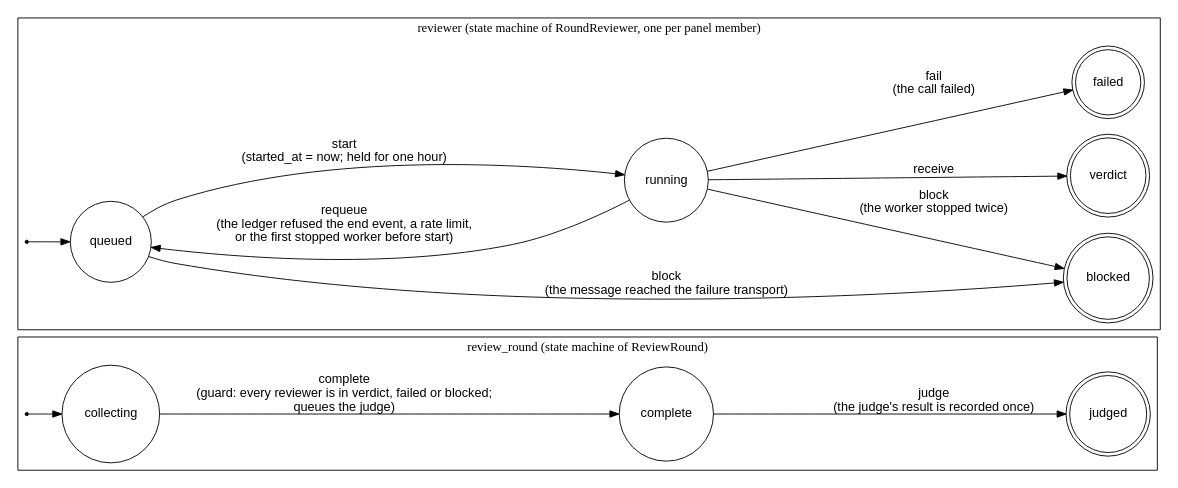
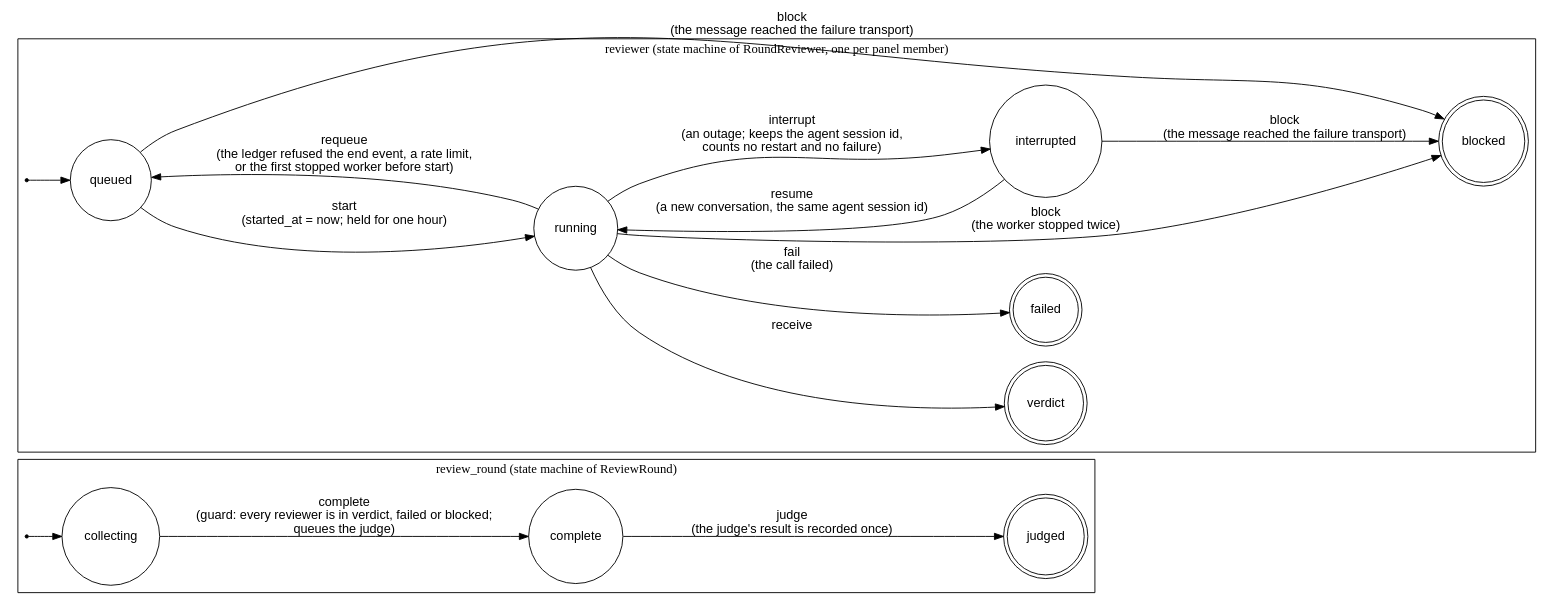
One commit to shinyredapples/intakt changed the diagram in docs/architecture/review-round.dot. Above: the diagram before and after it, drawn with Graphviz. The commit also changed 18 other files, not shown here.

Commit message:
feat(review): add an Interrupted reviewer state that keeps the agent session id

```diff
--- a/docs/architecture/review-round.dot
+++ b/docs/architecture/review-round.dot
@@ -1,36 +1,40 @@
 // The state machines of a review round (plan task T9, parts 2 and 3; the judged place from T12). Render with: dot -Tsvg review-round.dot
 // The places and transitions are the cases of RoundState, RoundTransition, ReviewerState and ReviewerTransition in src/Core/Review/Domain/. The attributes of src/Core/Review/Infrastructure/ReviewRoundStateMachine.php declare the review_round workflow and those of src/Core/Review/Infrastructure/ReviewerStateMachine.php the reviewer workflow.
 // This drawing adds the guards and side effects by hand; review-round-machine.dot and reviewer-machine.dot are the two machines as bin/console workflow:dump review_round and workflow:dump reviewer generate them.
 digraph review_round {
     rankdir=LR;
     node [shape=circle, fontname="Helvetica"];
     edge [fontname="Helvetica"];
 
     subgraph cluster_round {
         label="review_round (state machine of ReviewRound)";
         round_start [shape=point, label=""];
         collecting;
         complete;
         judged [shape=doublecircle];
         round_start -> collecting;
         collecting -> complete [label="complete\n(guard: every reviewer is in verdict, failed or blocked;\nqueues the judge)"];
         complete -> judged [label="judge\n(the judge's result is recorded once)"];
     }
 
     subgraph cluster_reviewer {
         label="reviewer (state machine of RoundReviewer, one per panel member)";
         reviewer_start [shape=point, label=""];
         queued;
         running;
+        interrupted;
         verdict [shape=doublecircle];
         failed [shape=doublecircle];
         blocked [shape=doublecircle];
         reviewer_start -> queued;
         queued -> running [label="start\n(started_at = now; held for one hour)"];
         running -> verdict [label="receive"];
         running -> failed [label="fail\n(the call failed)"];
         running -> queued [label="requeue\n(the ledger refused the end event, a rate limit,\nor the first stopped worker before start)"];
         running -> blocked [label="block\n(the worker stopped twice)"];
         queued -> blocked [label="block\n(the message reached the failure transport)"];
+        running -> interrupted [label="interrupt\n(an outage; keeps the agent session id,\ncounts no restart and no failure)"];
+        interrupted -> running [label="resume\n(a new conversation, the same agent session id)"];
+        interrupted -> blocked [label="block\n(the message reached the failure transport)"];
     }
 }
```
